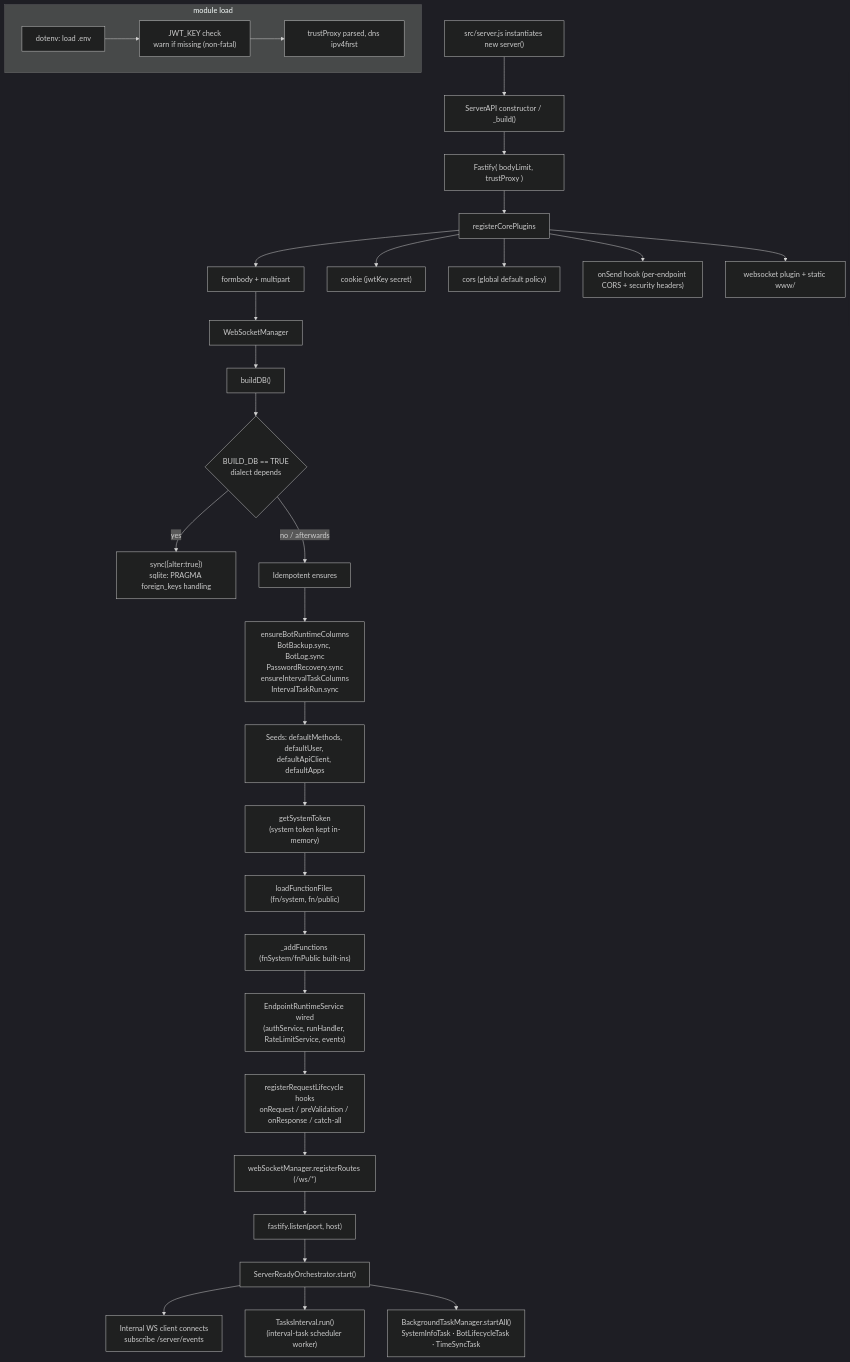
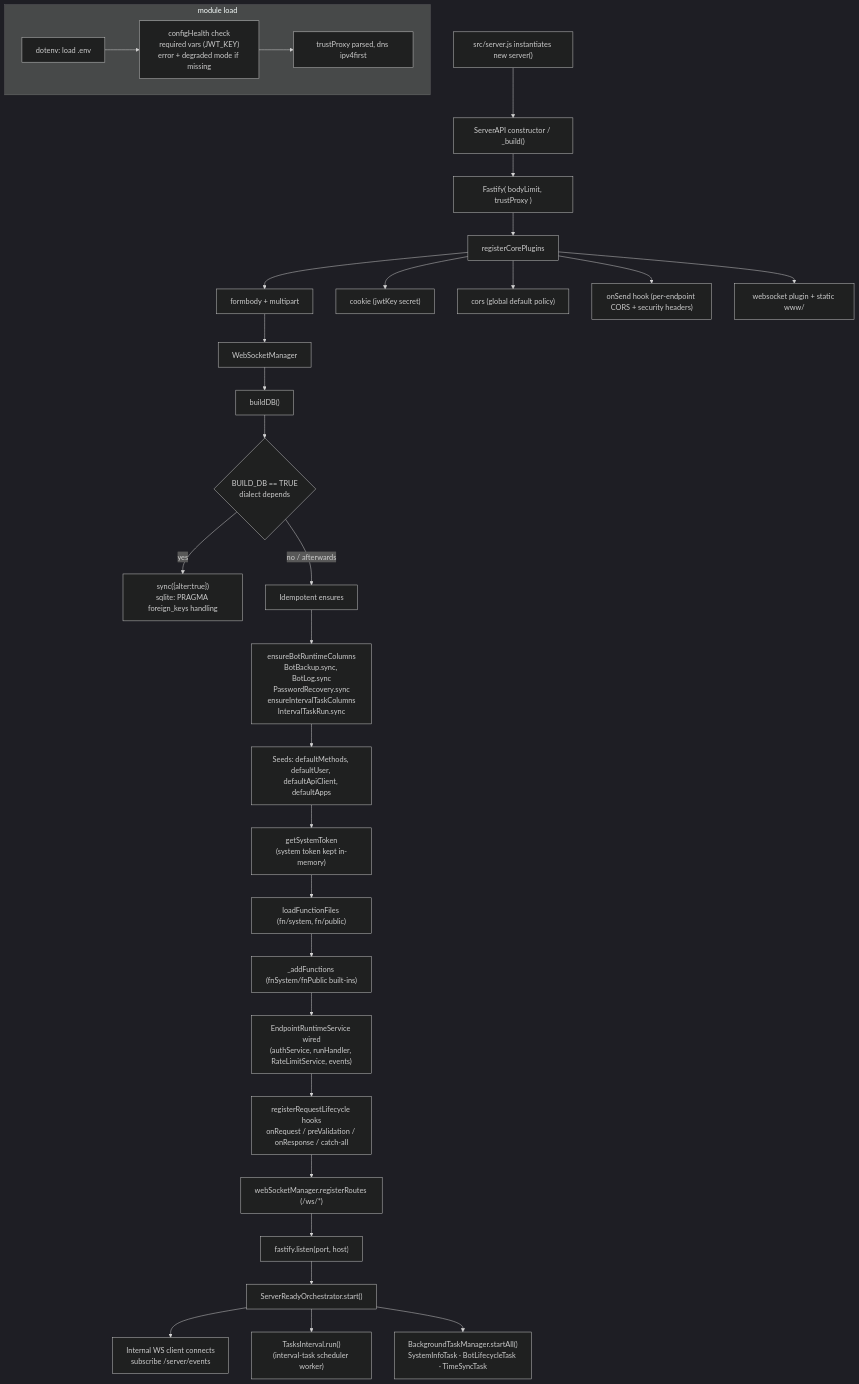
One commit to rdsslab/libOpenFusionAPI changed the first of 3 diagrams in src/docs/flows/PLATFORM.md. Above: the diagram before and after it, drawn with Mermaid (dark theme). The commit also changed 7 other files, not shown here.

Commit message:
feat(config): JWT_KEY obligatoria sin fallback; modo degradado (pantalla de error en / y API 503) si falta configuracion

````diff
--- a/src/docs/flows/PLATFORM.md
+++ b/src/docs/flows/PLATFORM.md
@@ -14,38 +14,38 @@
 ```mermaid
 flowchart TD
     A["src/server.js instantiates new server()"] --> B["ServerAPI constructor / _build()"]
 
     subgraph boot["module load"]
-        C["dotenv: load .env"] --> D["JWT_KEY check<br/>warn if missing (non-fatal)"]
+        C["dotenv: load .env"] --> D["configHealth check<br/>required vars (JWT_KEY)<br/>error + degraded mode if missing"]
         D --> E["trustProxy parsed, dns ipv4first"]
     end
 
     B --> F["Fastify( bodyLimit, trustProxy )"]
     F --> G["registerCorePlugins"]
     G --> G1["formbody + multipart"]
     G --> G2["cookie (jwtKey secret)"]
     G --> G3["cors (global default policy)"]
     G --> G4["onSend hook (per-endpoint CORS + security headers)"]
     G --> G5["websocket plugin + static www/"]
     G1 --> H
 
     H["WebSocketManager"] --> I["buildDB()"]
     I --> I1{"BUILD_DB == TRUE<br/>dialect depends"}
     I1 -- "yes" --> I2["sync({alter:true})<br/>sqlite: PRAGMA foreign_keys handling"]
     I1 -- "no / afterwards" --> I3["Idempotent ensures"]
     I3 --> I4["ensureBotRuntimeColumns<br/>BotBackup.sync, BotLog.sync<br/>PasswordRecovery.sync<br/>ensureIntervalTaskColumns<br/>IntervalTaskRun.sync"]
     I4 --> I5["Seeds: defaultMethods, defaultUser, defaultApiClient, defaultApps"]
     I5 --> I6["getSystemToken<br/>(system token kept in-memory)"]
 
     I6 --> J["loadFunctionFiles (fn/system, fn/public)"]
     J --> K["_addFunctions (fnSystem/fnPublic built-ins)"]
     K --> L["EndpointRuntimeService wired<br/>(authService, runHandler, RateLimitService, events)"]
     L --> M["registerRequestLifecycle hooks<br/>onRequest / preValidation / onResponse / catch-all"]
     M --> N["webSocketManager.registerRoutes (/ws/*)"]
     N --> O["fastify.listen(port, host)"]
 
     O --> P["ServerReadyOrchestrator.start()"]
     P --> P1["Internal WS client connects<br/>subscribe /server/events"]
     P --> P2["TasksInterval.run()<br/>(interval-task scheduler worker)"]
     P --> P3["BackgroundTaskManager.startAll()<br/>SystemInfoTask · BotLifecycleTask · TimeSyncTask"]
 ```
````
